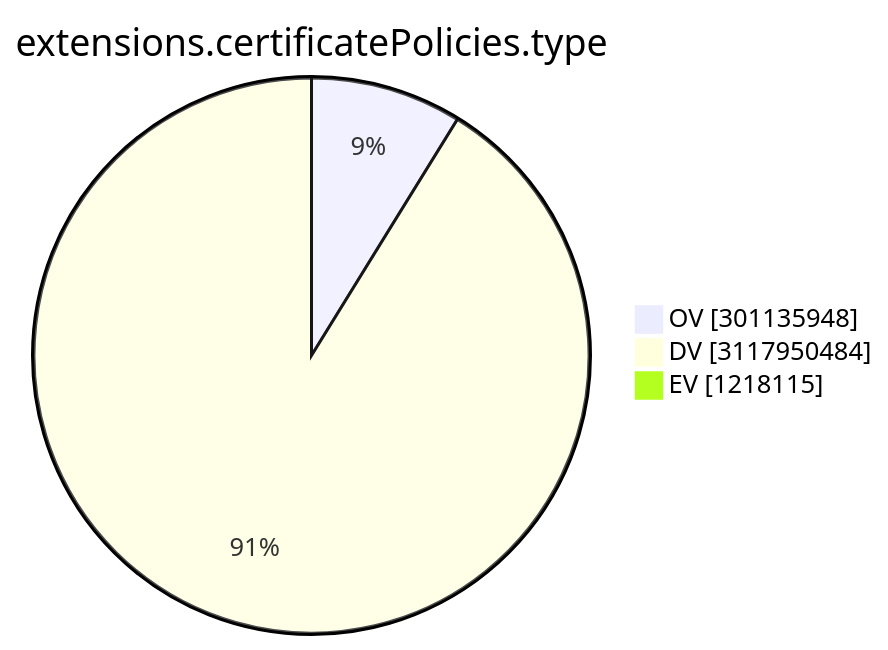
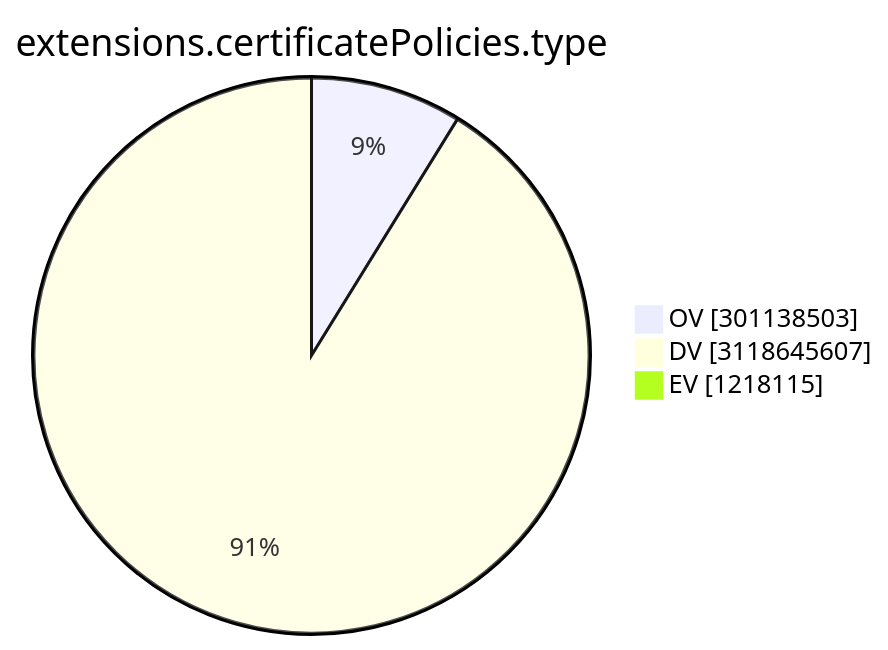
Before and after one commit to christiankrug/ctmonitor_visualization: the ninth of 15 diagrams in TOTAL/README.md, drawn with Mermaid. The commit also changed other lines of this file, not shown here.

````diff
--- a/TOTAL/README.md
+++ b/TOTAL/README.md
@@ -3103,7 +3104,7 @@
 ```mermaid
 pie showData
 title extensions.certificatePolicies.type
-"OV" :301135948
-"DV" :3117950484
+"OV" :301138503
+"DV" :3118645607
 "EV" :1218115
 ```
````
